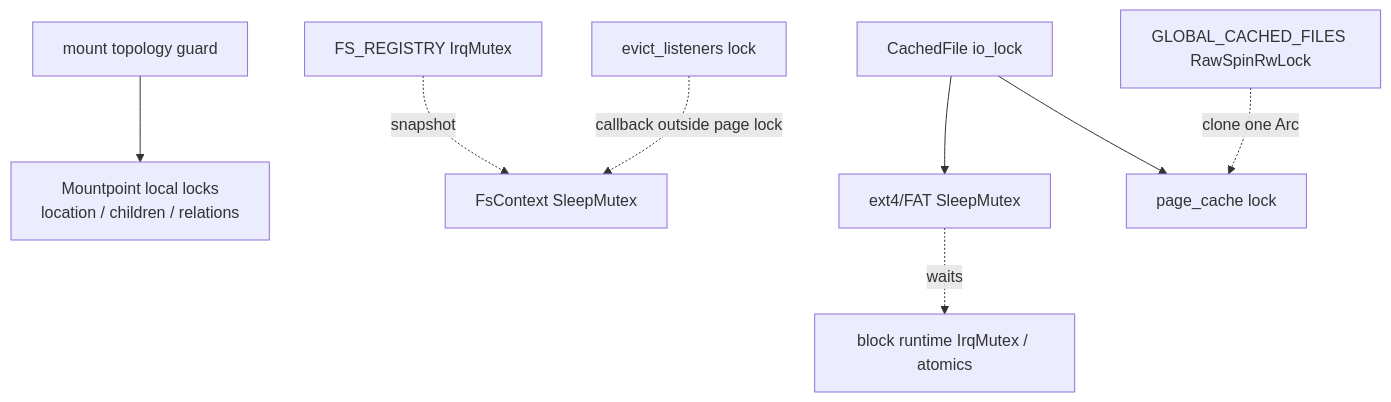
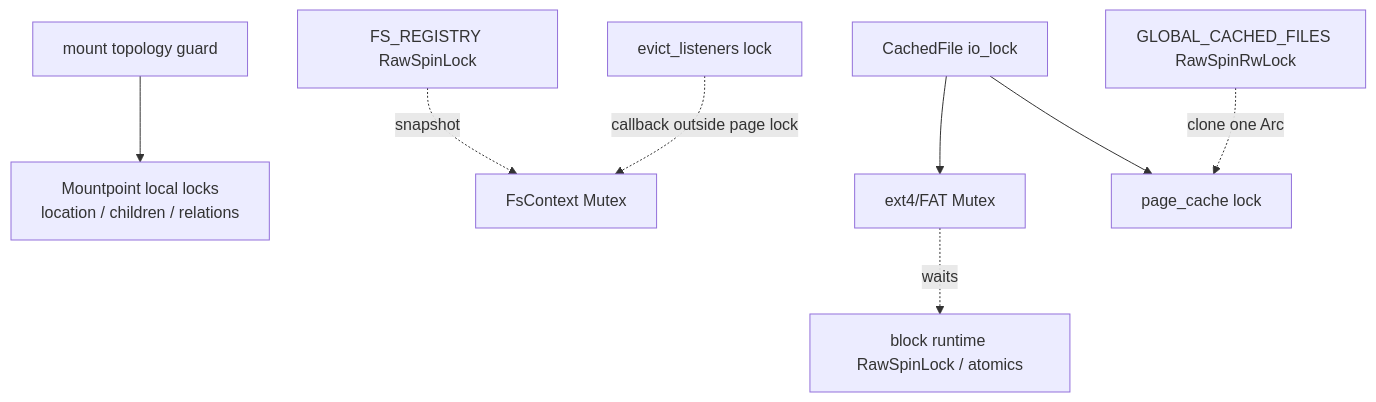
One commit to rcore-os/tgoskits changed the diagram in docs/docs/architecture/fs/concurrency.md. Above: the diagram before and after it, drawn with Mermaid. The commit also changed other lines of this file and 198 other files, not shown here.

Commit message:
refactor(axvm): integrate owner protocols and architecture boundaries

````diff
--- a/docs/docs/architecture/fs/concurrency.md
+++ b/docs/docs/architecture/fs/concurrency.md
@@ -32,21 +32,21 @@
 ```mermaid
 flowchart TB
     Topology["mount topology guard"]
     Mount["Mountpoint local locks\nlocation / children / relations"]
-    ContextReg["FS_REGISTRY IrqMutex"]
-    Context["FsContext SleepMutex"]
-    FsState["ext4/FAT SleepMutex"]
+    ContextReg["FS_REGISTRY RawSpinLock"]
+    Context["FsContext Mutex"]
+    FsState["ext4/FAT Mutex"]
     Io["CachedFile io_lock"]
     Page["page_cache lock"]
     Listener["evict_listeners lock"]
     Reclaim["GLOBAL_CACHED_FILES RawSpinRwLock"]
-    Runtime["block runtime IrqMutex / atomics"]
+    Runtime["block runtime RawSpinLock / atomics"]
 
     Topology --> Mount
     ContextReg -. snapshot .-> Context
     Io --> Page
     Io --> FsState
     Reclaim -. clone one Arc .-> Page
     Listener -. callback outside page lock .-> Context
     FsState -. waits .-> Runtime
 ```
````
